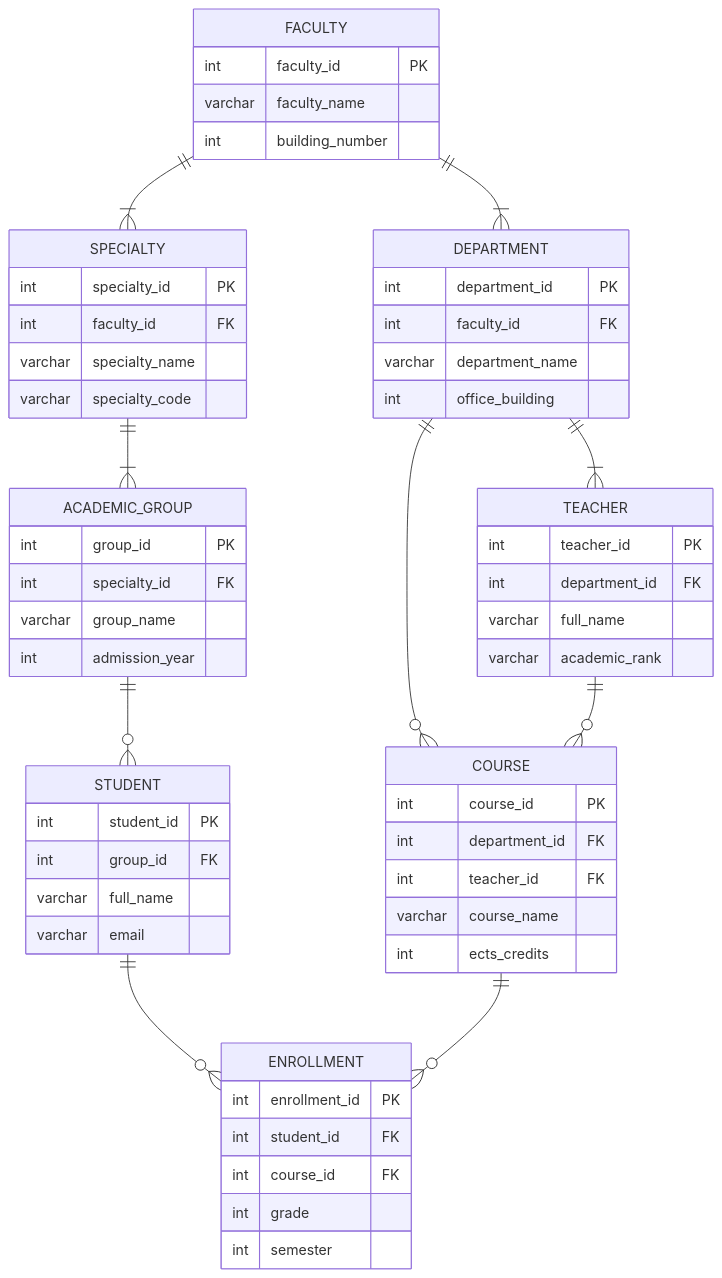
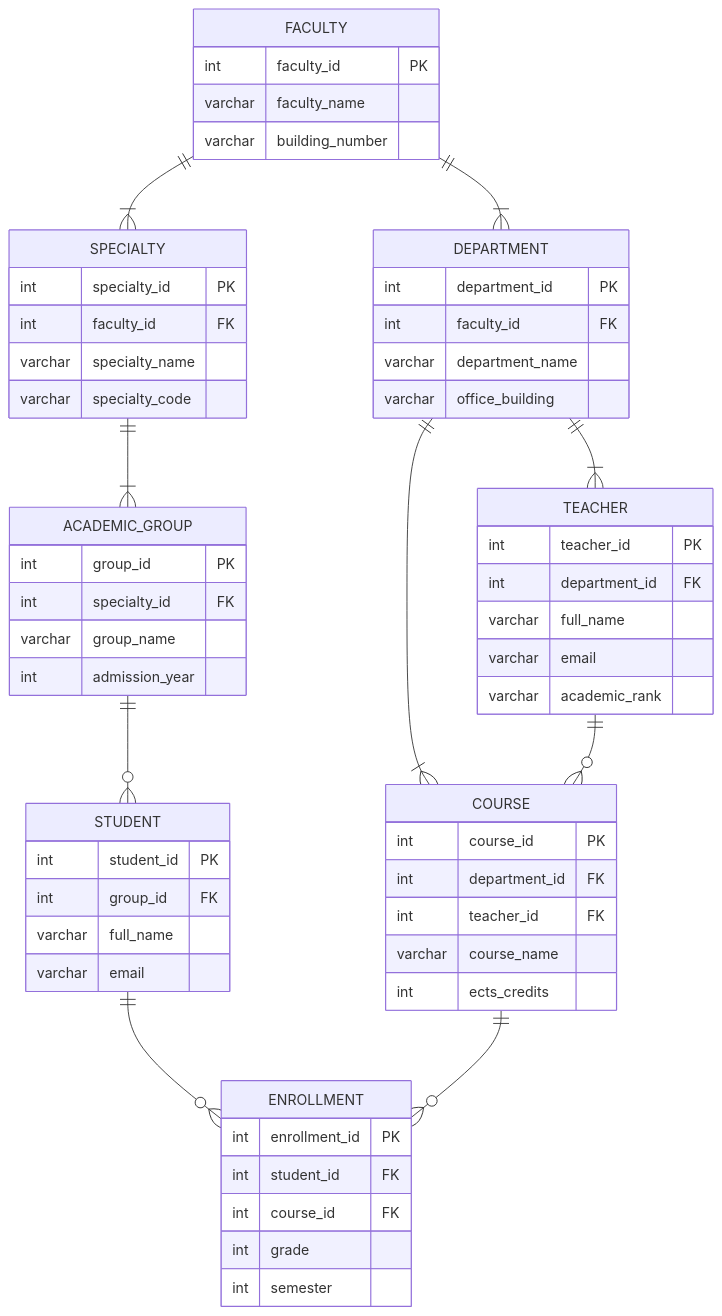
One commit to ZheniaTrochun/db-intro-course changed the diagram in labs/1 - ER Diagram/README.md. Above: the diagram before and after it, drawn with Mermaid. The commit also changed other lines of this file, not shown here.

Commit message:
Change data types for building number fields

````diff
--- a/labs/1 - ER Diagram/README.md
+++ b/labs/1 - ER Diagram/README.md
@@ -89,69 +90,70 @@
 ```mermaid
 erDiagram
     FACULTY ||--|{ DEPARTMENT : ""
     FACULTY ||--|{ SPECIALTY : ""
     SPECIALTY ||--|{ ACADEMIC_GROUP : ""
     ACADEMIC_GROUP ||--o{ STUDENT : ""
     DEPARTMENT ||--|{ TEACHER : ""
-    DEPARTMENT ||--o{ COURSE : ""
+    DEPARTMENT ||--|{ COURSE : ""
     STUDENT ||--o{ ENROLLMENT : ""
     COURSE ||--o{ ENROLLMENT : ""
     TEACHER ||--o{ COURSE : ""
 
     FACULTY {
         int faculty_id PK
         varchar faculty_name
-        int building_number
+        varchar building_number
     }
 
     DEPARTMENT {
         int department_id PK
         int faculty_id FK
         varchar department_name
-        int office_building
+        varchar office_building
     }
 
     SPECIALTY {
         int specialty_id PK
         int faculty_id FK
         varchar specialty_name
         varchar specialty_code
     }
 
     ACADEMIC_GROUP {
         int group_id PK
         int specialty_id FK
         varchar group_name
         int admission_year
     }
 
     STUDENT {
         int student_id PK
         int group_id FK
         varchar full_name
         varchar email
     }
 
     TEACHER {
         int teacher_id PK
         int department_id FK
         varchar full_name
+        varchar email
         varchar academic_rank
     }
 
     COURSE {
         int course_id PK
         int department_id FK
         int teacher_id FK
         varchar course_name
         int ects_credits
     }
 
     ENROLLMENT {
         int enrollment_id PK
         int student_id FK
         int course_id FK
         int grade
         int semester
     }
 ```
````
